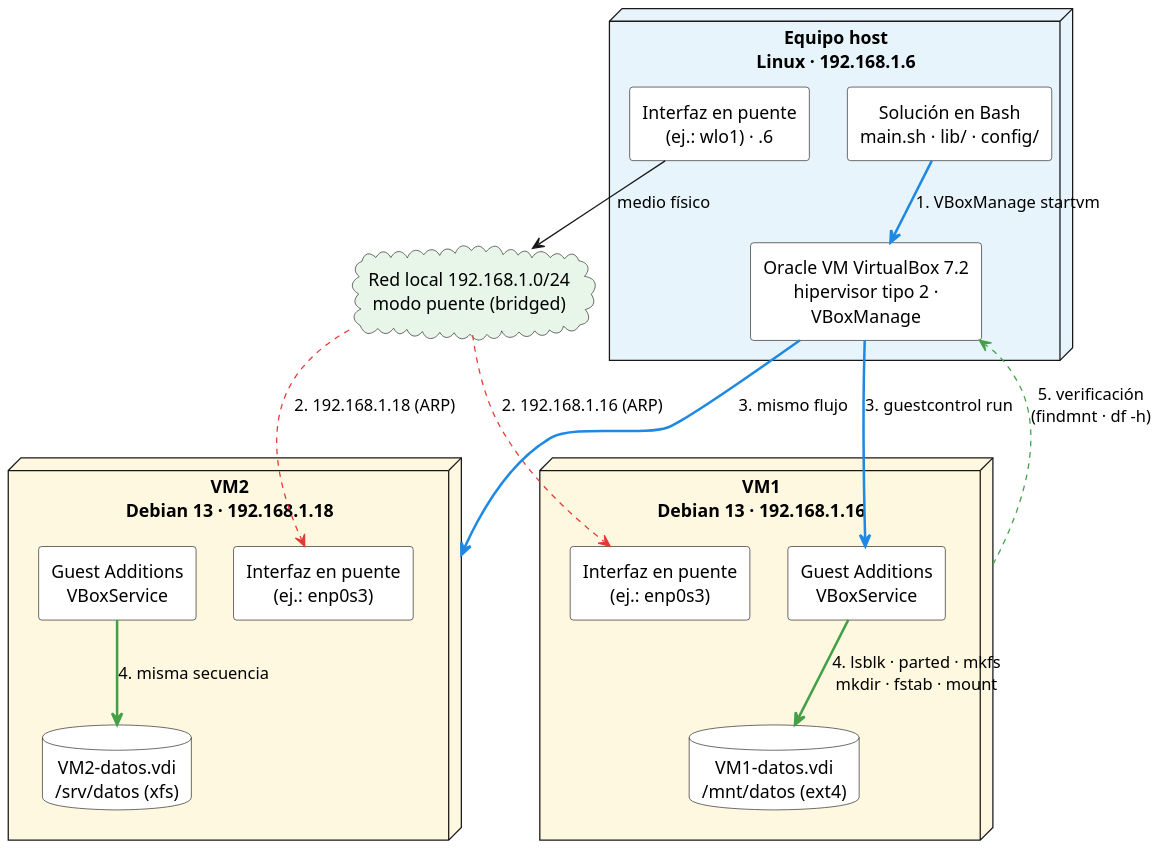
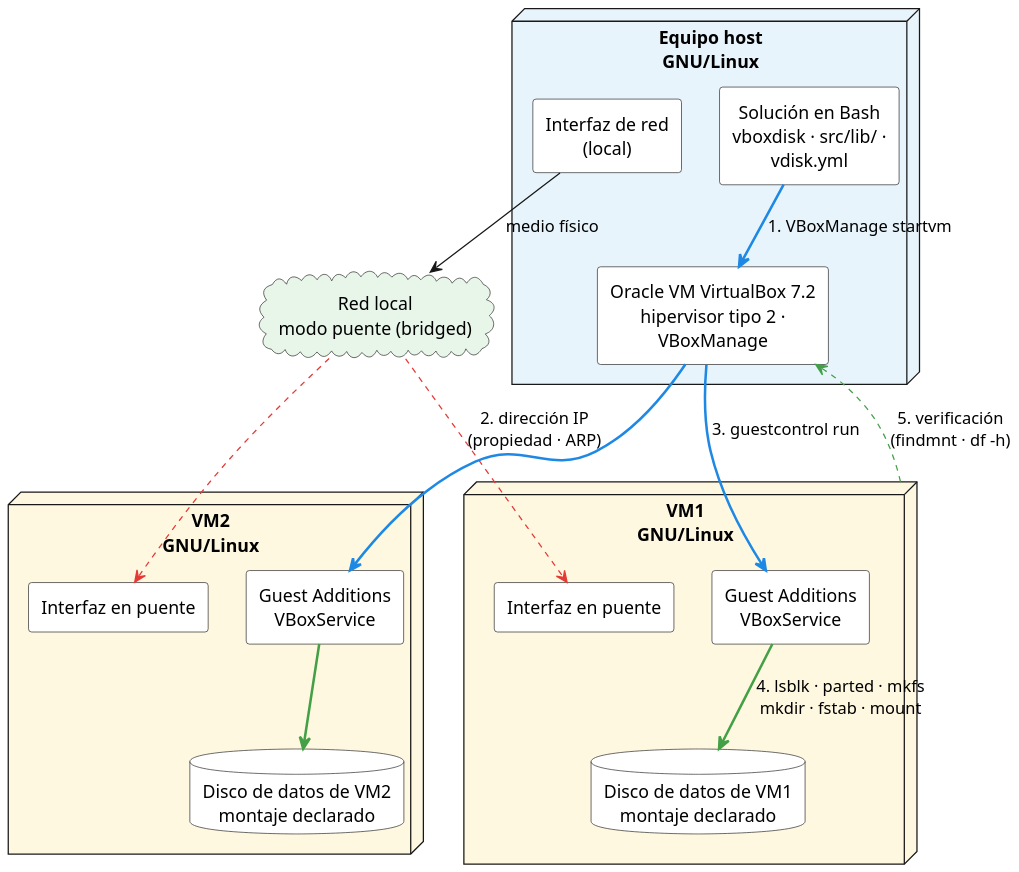
One commit to spalax-dev/vbox-disk-automation changed the diagram in documento/images/escenario.puml. Above: the diagram before and after it, drawn with PlantUML. The commit also changed 3 other files, not shown here.

```diff
--- a/documento/images/escenario.puml
+++ b/documento/images/escenario.puml
@@ -1,42 +1,42 @@
 @startuml escenario
 
 skinparam defaultFontName "Arimo"
 skinparam dpi 150
 skinparam componentStyle rectangle
 skinparam nodesep 30
 skinparam ranksep 45
 skinparam wrapWidth 170
 skinparam defaultTextAlignment center
 
-node "Equipo host\nLinux · 192.168.1.6" as HOST #E8F4FC {
-  component "Solución en Bash\nmain.sh · lib/ · config/" as SOL #FFFFFF
-  component "Interfaz en puente\n(ej.: wlo1) · .6" as HNIC #FFFFFF
+node "Equipo host\nGNU/Linux" as HOST #E8F4FC {
+  component "Solución en Bash\nvboxdisk · src/lib/ · vdisk.yml" as SOL #FFFFFF
+  component "Interfaz de red\n(local)" as HNIC #FFFFFF
   component "Oracle VM VirtualBox 7.2\nhipervisor tipo 2 · VBoxManage" as VBox #FFFFFF
 }
 
-cloud "Red local 192.168.1.0/24\nmodo puente (bridged)" as LAN #E8F5E9
+cloud "Red local\nmodo puente (bridged)" as LAN #E8F5E9
 
-node "VM1\nDebian 13 · 192.168.1.16" as VM1 #FFF8E1 {
-  component "Interfaz en puente\n(ej.: enp0s3)" as NIC1 #FFFFFF
+node "VM1\nGNU/Linux" as VM1 #FFF8E1 {
+  component "Interfaz en puente" as NIC1 #FFFFFF
   component "Guest Additions\nVBoxService" as GA1 #FFFFFF
-  database "VM1-datos.vdi\n/mnt/datos (ext4)" as D1 #FFFFFF
+  database "Disco de datos de VM1\nmontaje declarado" as D1 #FFFFFF
 }
 
-node "VM2\nDebian 13 · 192.168.1.18" as VM2 #FFF8E1 {
-  component "Interfaz en puente\n(ej.: enp0s3)" as NIC2 #FFFFFF
+node "VM2\nGNU/Linux" as VM2 #FFF8E1 {
+  component "Interfaz en puente" as NIC2 #FFFFFF
   component "Guest Additions\nVBoxService" as GA2 #FFFFFF
-  database "VM2-datos.vdi\n/srv/datos (xfs)" as D2 #FFFFFF
+  database "Disco de datos de VM2\nmontaje declarado" as D2 #FFFFFF
 }
 
 HNIC --> LAN : "medio físico"
-LAN -[#E53935,dashed]-> NIC1 : "2. 192.168.1.16 (ARP)"
-LAN -[#E53935,dashed]-> NIC2 : "2. 192.168.1.18 (ARP)"
+LAN -[#E53935,dashed]-> NIC1 : "2. dirección IP\n(propiedad · ARP)"
+LAN -[#E53935,dashed]-> NIC2
 
 SOL -[#1E88E5,bold]-> VBox : "1. VBoxManage startvm"
 VBox .[#1E88E5,bold].> GA1 : "3. guestcontrol run"
-VBox .[#1E88E5,bold].> VM2 : "3. mismo flujo"
+VBox .[#1E88E5,bold].> GA2
 GA1 -[#43A047,bold]-> D1 : "4. lsblk · parted · mkfs\nmkdir · fstab · mount"
-GA2 -[#43A047,bold]-> D2 : "4. misma secuencia"
+GA2 -[#43A047,bold]-> D2
 VM1 .[#43A047,dashed].> VBox : "5. verificación\n(findmnt · df -h)"
 
 @enduml
```
